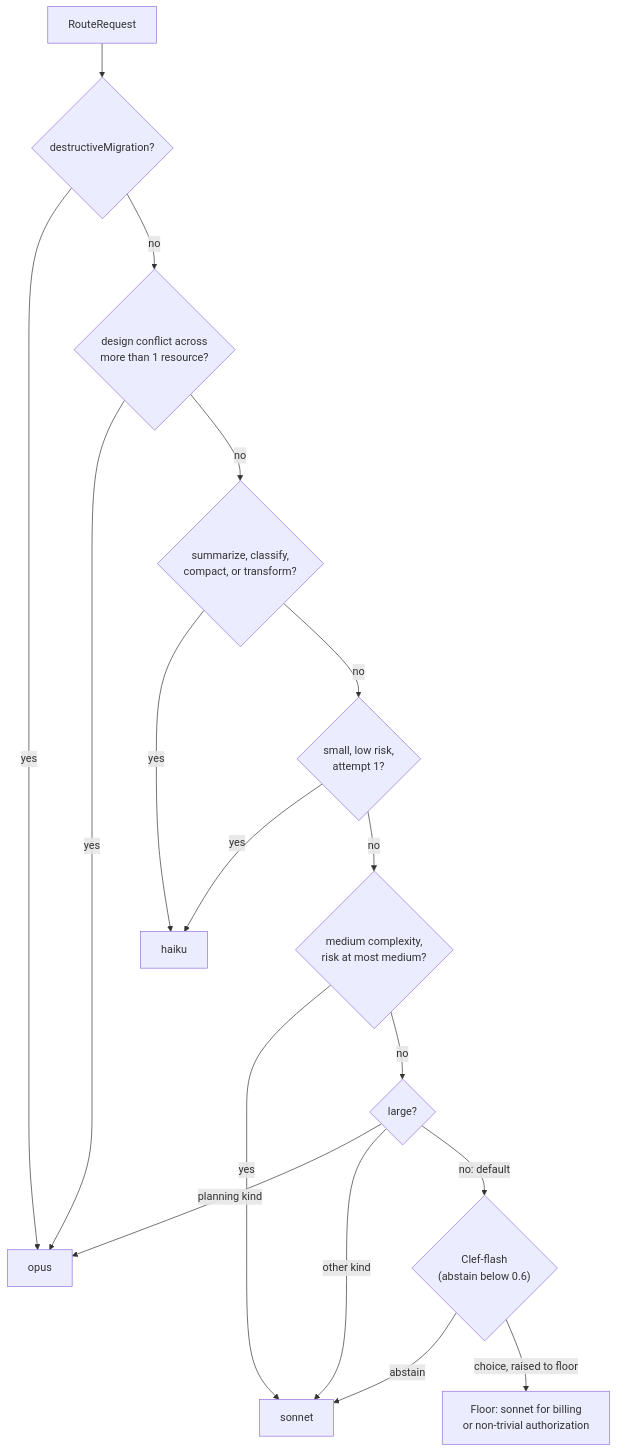
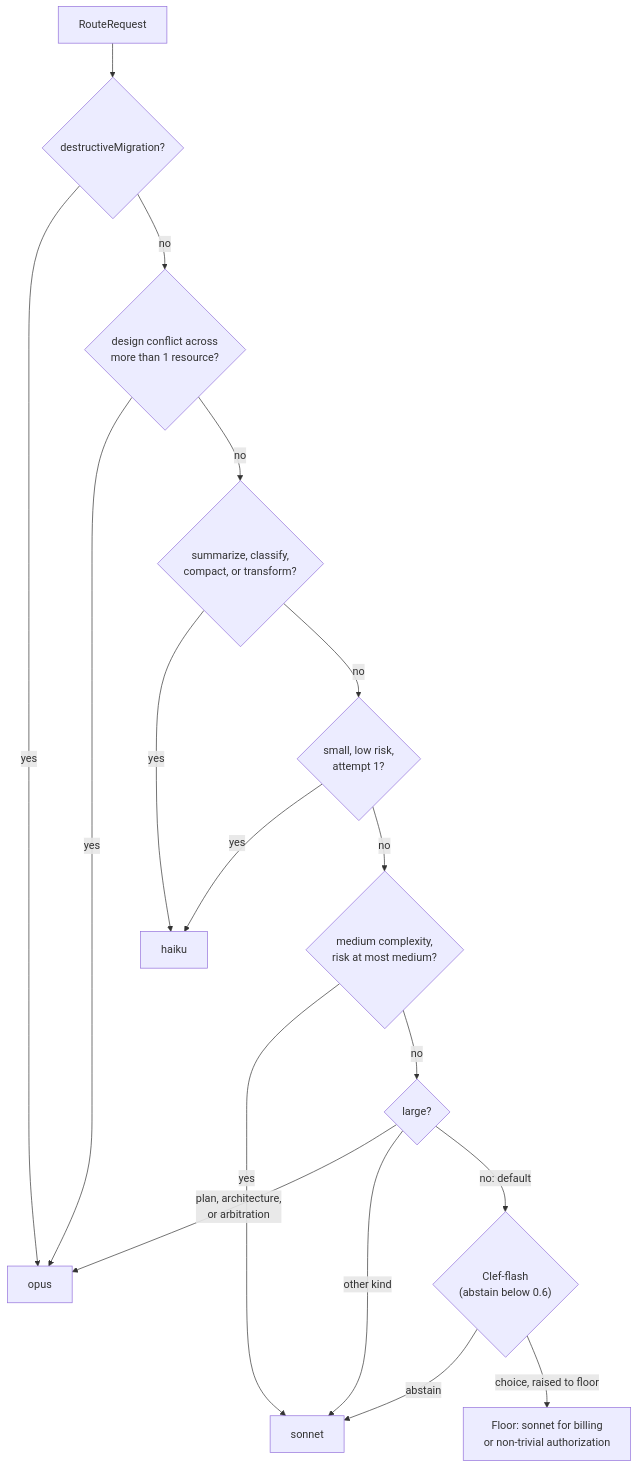
One commit to nsudhanva/rhumbatron changed the third of 7 diagrams in docs/architecture/agents-and-models.md. Above: the diagram before and after it, drawn with Mermaid. The commit also changed other lines of this file and 47 other files, not shown here.

````diff
--- a/docs/architecture/agents-and-models.md
+++ b/docs/architecture/agents-and-models.md
@@ -110,19 +126,19 @@
 ```mermaid
 flowchart TB
   R["RouteRequest"] --> DM{"destructiveMigration?"}
   DM -->|"yes"| OPUS1["opus"]
   DM -->|"no"| DC{"design conflict across<br/>more than 1 resource?"}
   DC -->|"yes"| OPUS1
   DC -->|"no"| MK{"summarize, classify,<br/>compact, or transform?"}
   MK -->|"yes"| HAIKU["haiku"]
   MK -->|"no"| SM{"small, low risk,<br/>attempt 1?"}
   SM -->|"yes"| HAIKU
   SM -->|"no"| MED{"medium complexity,<br/>risk at most medium?"}
   MED -->|"yes"| SONNET["sonnet"]
   MED -->|"no"| LG{"large?"}
-  LG -->|"planning kind"| OPUS1
+  LG -->|"plan, architecture,<br/>or arbitration"| OPUS1
   LG -->|"other kind"| SONNET
   LG -->|"no: default"| CLEF{"Clef-flash<br/>(abstain below 0.6)"}
   CLEF -->|"abstain"| SONNET
   CLEF -->|"choice, raised to floor"| FLOOR["Floor: sonnet for billing<br/>or non-trivial authorization"]
 ```
````
